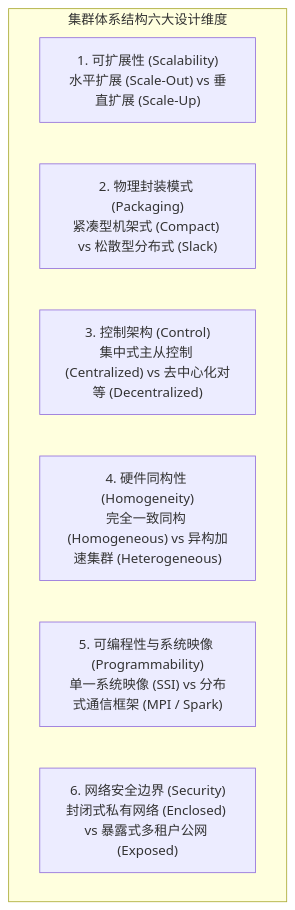
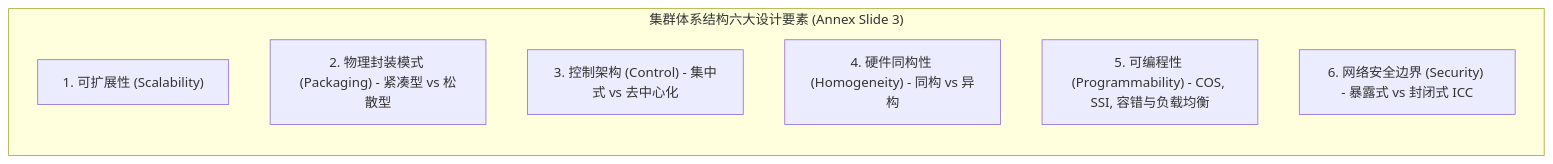
One commit to Kytolly/NUS-coursework-wiki changed the diagram in page/CEG5201/Week01/CEG5201-Week01-集群计算Cloud与虚拟化.md. Above: the diagram before and after it, drawn with Mermaid. The commit also changed other lines of this file and 18 other files, not shown here.

````diff
--- a/page/CEG5201/Week01/CEG5201-Week01-集群计算Cloud与虚拟化.md
+++ b/page/CEG5201/Week01/CEG5201-Week01-集群计算Cloud与虚拟化.md
@@ -29,11 +25,12 @@
 ```mermaid
 flowchart TD
-    subgraph SixDimensions ["集群体系结构六大设计维度"]
-        D1["1. 可扩展性 (Scalability)<br>水平扩展 (Scale-Out) vs 垂直扩展 (Scale-Up)"]
-        D2["2. 物理封装模式 (Packaging)<br>紧凑型机架式 (Compact) vs 松散型分布式 (Slack)"]
-        D3["3. 控制架构 (Control)<br>集中式主从控制 (Centralized) vs 去中心化对等 (Decentralized)"]
-        D4["4. 硬件同构性 (Homogeneity)<br>完全一致同构 (Homogeneous) vs 异构加速集群 (Heterogeneous)"]
-        D5["5. 可编程性与系统映像 (Programmability)<br>单一系统映像 (SSI) vs 分布式通信框架 (MPI / Spark)"]
-        D6["6. 网络安全边界 (Security)<br>封闭式私有网络 (Enclosed) vs 暴露式多租户公网 (Exposed)"]
+    subgraph SixDimensions ["集群体系结构六大设计要素 (Annex Slide 3)"]
+        direction TB
+        D1["1. 可扩展性 (Scalability)"]
+        D2["2. 物理封装模式 (Packaging) - 紧凑型 vs 松散型"]
+        D3["3. 控制架构 (Control) - 集中式 vs 去中心化"]
+        D4["4. 硬件同构性 (Homogeneity) - 同构 vs 异构"]
+        D5["5. 可编程性 (Programmability) - COS, SSI, 容错与负载均衡"]
+        D6["6. 网络安全边界 (Security) - 暴露式 vs 封闭式 ICC"]
     end
 ```
````
